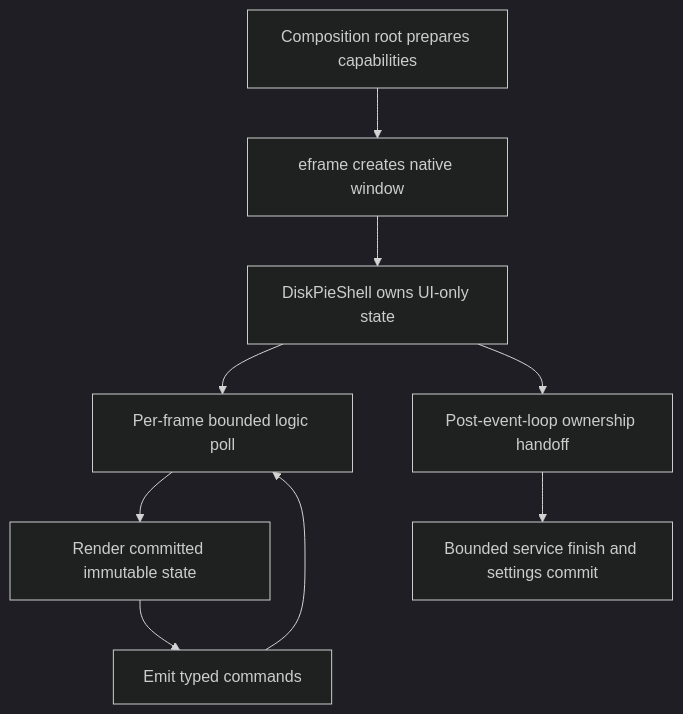
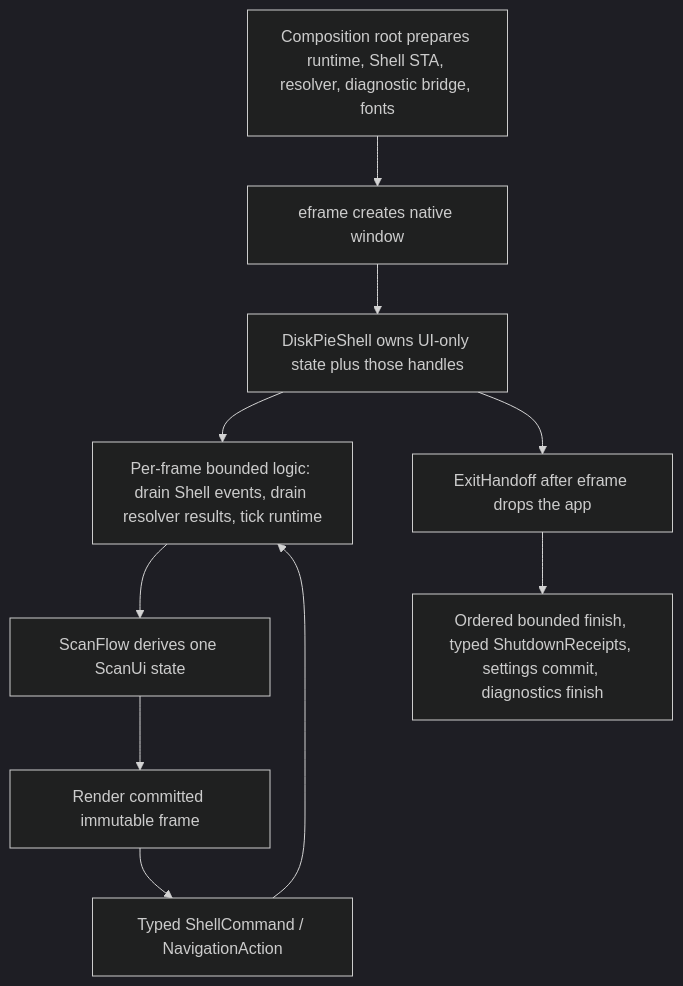
Before and after one commit to Luexi/diskpie: the fourth of 5 diagrams in docs/architecture.md, drawn with Mermaid (dark theme). The commit also changed other lines of this file and 1 other file, not shown here.

First line of the commit message:
docs(ui): Describe the connected shell and the runtime font decision

````diff
--- a/docs/architecture.md
+++ b/docs/architecture.md
@@ -310,11 +308,12 @@
 ```mermaid
 flowchart TD
-    Start["Composition root prepares capabilities"] --> Native["eframe creates native window"]
-    Native --> Shell["DiskPieShell owns UI-only state"]
-    Shell --> Logic["Per-frame bounded logic poll"]
-    Logic --> View["Render committed immutable state"]
-    View --> Commands["Emit typed commands"]
+    Start["Composition root prepares runtime, Shell STA, resolver, diagnostic bridge, fonts"] --> Native["eframe creates native window"]
+    Native --> Shell["DiskPieShell owns UI-only state plus those handles"]
+    Shell --> Logic["Per-frame bounded logic: drain Shell events, drain resolver results, tick runtime"]
+    Logic --> Flow["ScanFlow derives one ScanUi state"]
+    Flow --> View["Render committed immutable frame"]
+    View --> Commands["Typed ShellCommand / NavigationAction"]
     Commands --> Logic
-    Shell --> Exit["Post-event-loop ownership handoff"]
-    Exit --> Finish["Bounded service finish and settings commit"]
+    Shell --> Exit["ExitHandoff after eframe drops the app"]
+    Exit --> Finish["Ordered bounded finish, typed ShutdownReceipts, settings commit, diagnostics finish"]
 ```
````
